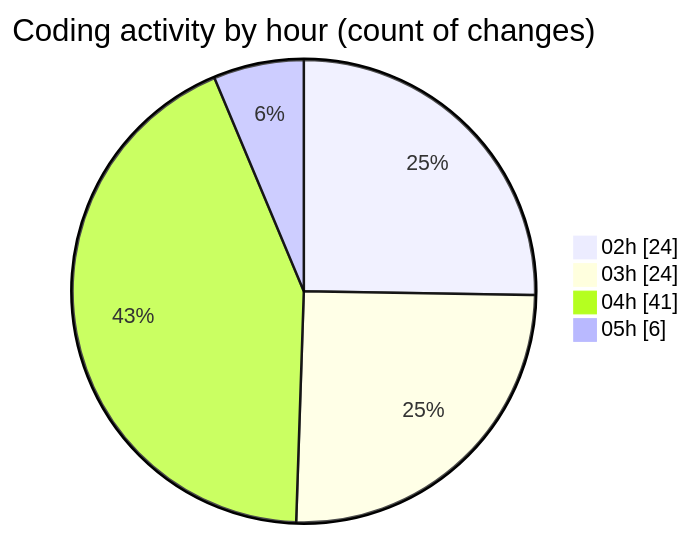
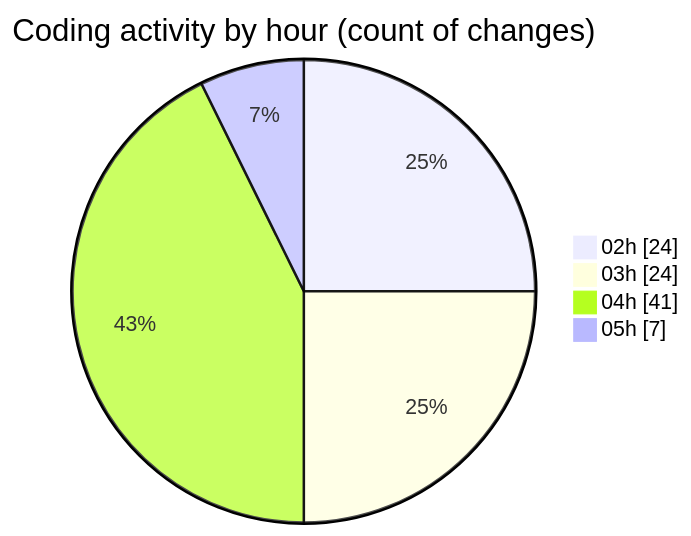
Before and after one commit to lephambinh05/code-tracking: the second of 2 diagrams in 2025-07-23/quanlyrapchieuphim/README.md, drawn with Mermaid. The commit also changed other lines of this file and 1 other file, not shown here.

````diff
--- a/2025-07-23/quanlyrapchieuphim/README.md
+++ b/2025-07-23/quanlyrapchieuphim/README.md
@@ -38,8 +38,8 @@
 ```mermaid
 pie showData
 title Coding activity by hour (count of changes)
 "02h" : 24
 "03h" : 24
 "04h" : 41
-"05h" : 6
+"05h" : 7
 ```
````
